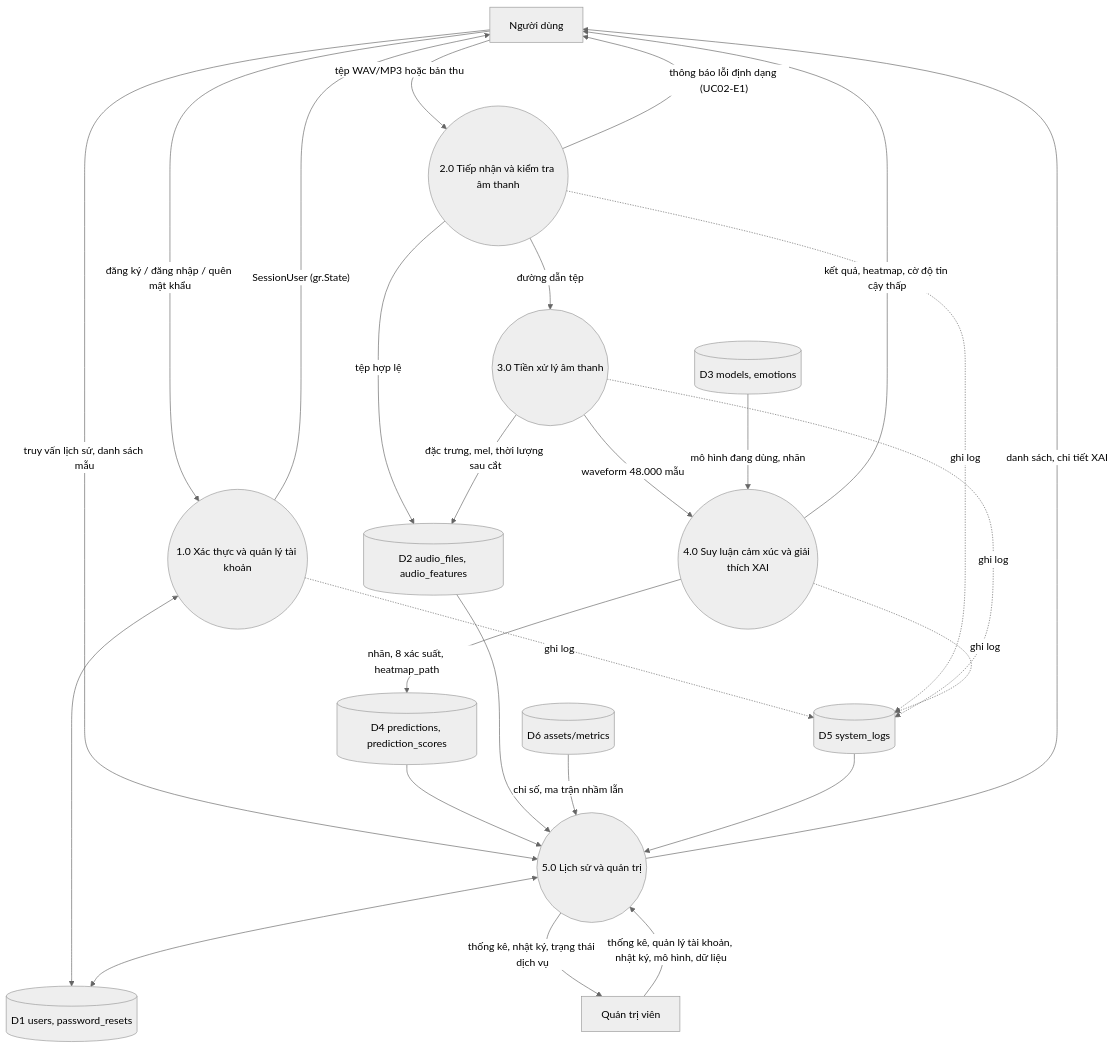
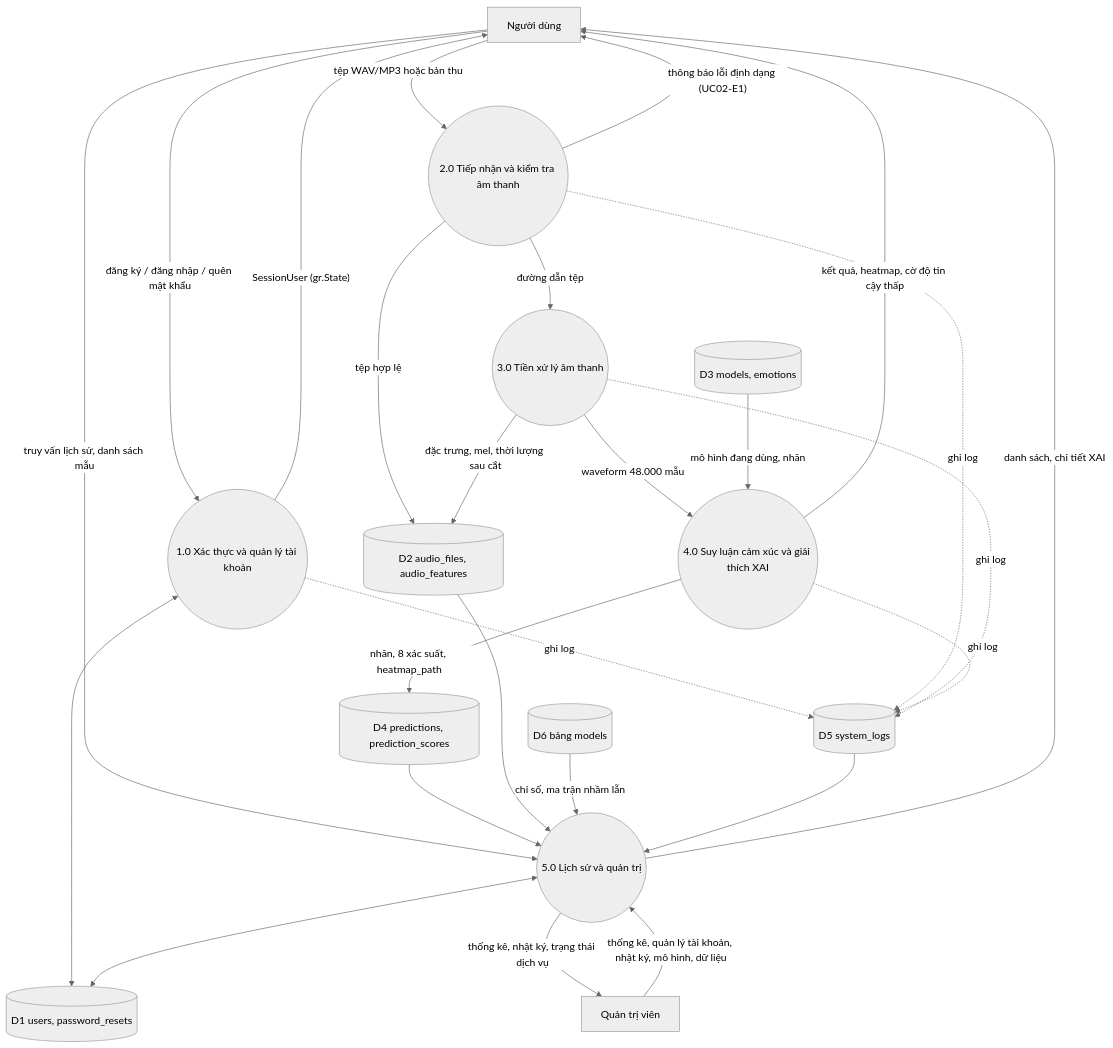
Before and after one commit to nguyenhoangkhang-2010/emovoice-speech-emotion-recognition: the second of 2 diagrams in docs/architecture.md, drawn with Mermaid (neutral theme). The commit also changed other lines of this file and 37 other files, not shown here.

````diff
--- a/docs/architecture.md
+++ b/docs/architecture.md
@@ -31,49 +31,49 @@
 ```mermaid
 flowchart TB
     U["Người dùng"]
     A["Quản trị viên"]
 
     P1(("1.0 Xác thực và quản lý tài khoản"))
     P2(("2.0 Tiếp nhận và kiểm tra âm thanh"))
     P3(("3.0 Tiền xử lý âm thanh"))
     P4(("4.0 Suy luận cảm xúc và giải thích XAI"))
     P5(("5.0 Lịch sử và quản trị"))
 
     D1[("D1 users, password_resets")]
     D2[("D2 audio_files, audio_features")]
     D3[("D3 models, emotions")]
     D4[("D4 predictions, prediction_scores")]
     D5[("D5 system_logs")]
-    D6[("D6 assets/metrics")]
+    D6[("D6 bảng models")]
 
     U -->|"đăng ký / đăng nhập / quên mật khẩu"| P1
     P1 -->|"SessionUser (gr.State)"| U
     P1 <--> D1
 
     U -->|"tệp WAV/MP3 hoặc bản thu"| P2
     P2 -->|"tệp hợp lệ"| D2
     P2 -->|"đường dẫn tệp"| P3
     P2 -->|"thông báo lỗi định dạng (UC02-E1)"| U
 
     P3 -->|"đặc trưng, mel, thời lượng sau cắt"| D2
     P3 -->|"waveform 48.000 mẫu"| P4
 
     D3 -->|"mô hình đang dùng, nhãn"| P4
     P4 -->|"nhãn, 8 xác suất, heatmap_path"| D4
     P4 -->|"kết quả, heatmap, cờ độ tin cậy thấp"| U
 
     U -->|"truy vấn lịch sử, danh sách mẫu"| P5
     D4 --> P5
     D2 --> P5
     P5 -->|"danh sách, chi tiết XAI"| U
     A -->|"thống kê, quản lý tài khoản, nhật ký, mô hình, dữ liệu"| P5
     P5 <--> D1
     D6 -->|"chỉ số, ma trận nhầm lẫn"| P5
     P5 -->|"thống kê, nhật ký, trạng thái dịch vụ"| A
 
     P1 -.->|"ghi log"| D5
     P2 -.->|"ghi log"| D5
     P3 -.->|"ghi log"| D5
     P4 -.->|"ghi log"| D5
     D5 --> P5
 ```
````
